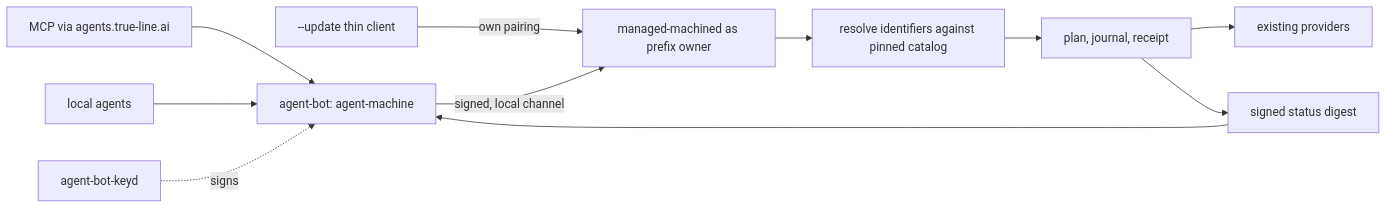
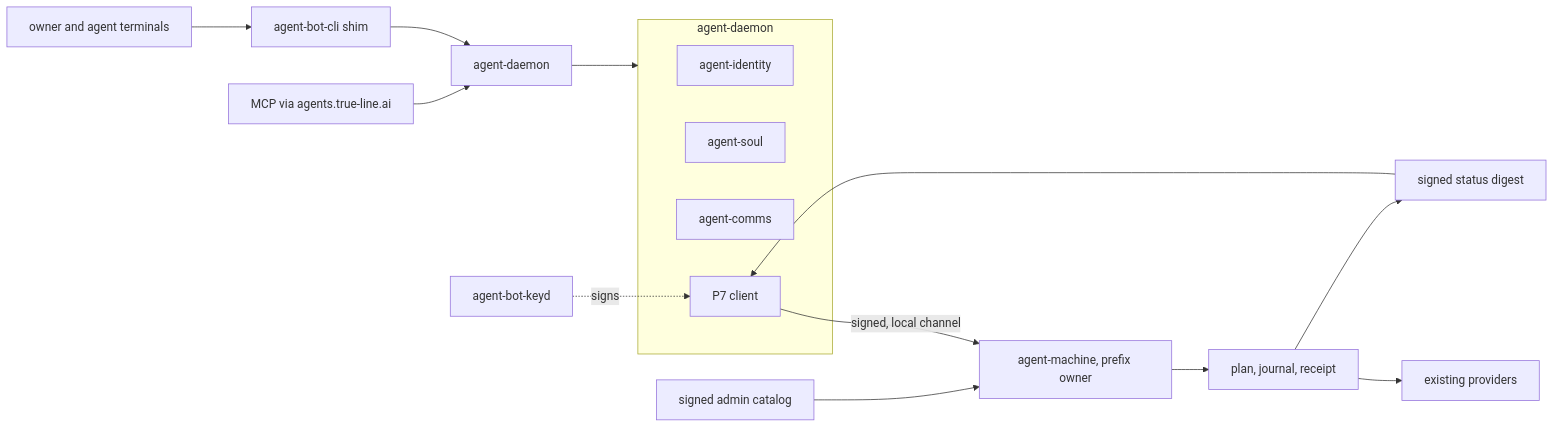
The first of 2 diagrams in docs/plans/machine-daemon.md (qwts/managed-machine), drawn with Mermaid before and after one commit. The commit also changed other lines of this file, not shown here.

First line of the commit message:
docs: agent-machine is the executor, agent-daemon is the client

````diff
--- a/docs/plans/machine-daemon.md
+++ b/docs/plans/machine-daemon.md
@@ -83,13 +91,20 @@
 ```mermaid
 flowchart LR
-  mcp["MCP via agents.true-line.ai"] --> agentMachine["agent-bot: agent-machine"]
-  localAgents[local agents] --> agentMachine
-  keyd[agent-bot-keyd] -.->|"signs"| agentMachine
-  terminal["--update thin client"] -->|"own pairing"| mmd
-  agentMachine -->|"signed, local channel"| mmd["managed-machined as prefix owner"]
-  mmd --> resolve["resolve identifiers against pinned catalog"]
-  resolve --> planStore["plan, journal, receipt"]
+  terminals["owner and agent terminals"] --> shim["agent-bot-cli shim"]
+  shim --> agentDaemon["agent-daemon"]
+  subgraph daemonParts [agent-daemon]
+    identity[agent-identity]
+    soul[agent-soul]
+    comms[agent-comms]
+    client[P7 client]
+  end
+  agentDaemon --> daemonParts
+  mcp["MCP via agents.true-line.ai"] --> agentDaemon
+  keyd[agent-bot-keyd] -.->|"signs"| client
+  client -->|"signed, local channel"| executor["agent-machine, prefix owner"]
+  catalog["signed admin catalog"] --> executor
+  executor --> planStore["plan, journal, receipt"]
   planStore --> providers["existing providers"]
   planStore --> digest["signed status digest"]
-  digest --> agentMachine
+  digest --> client
 ```
````
